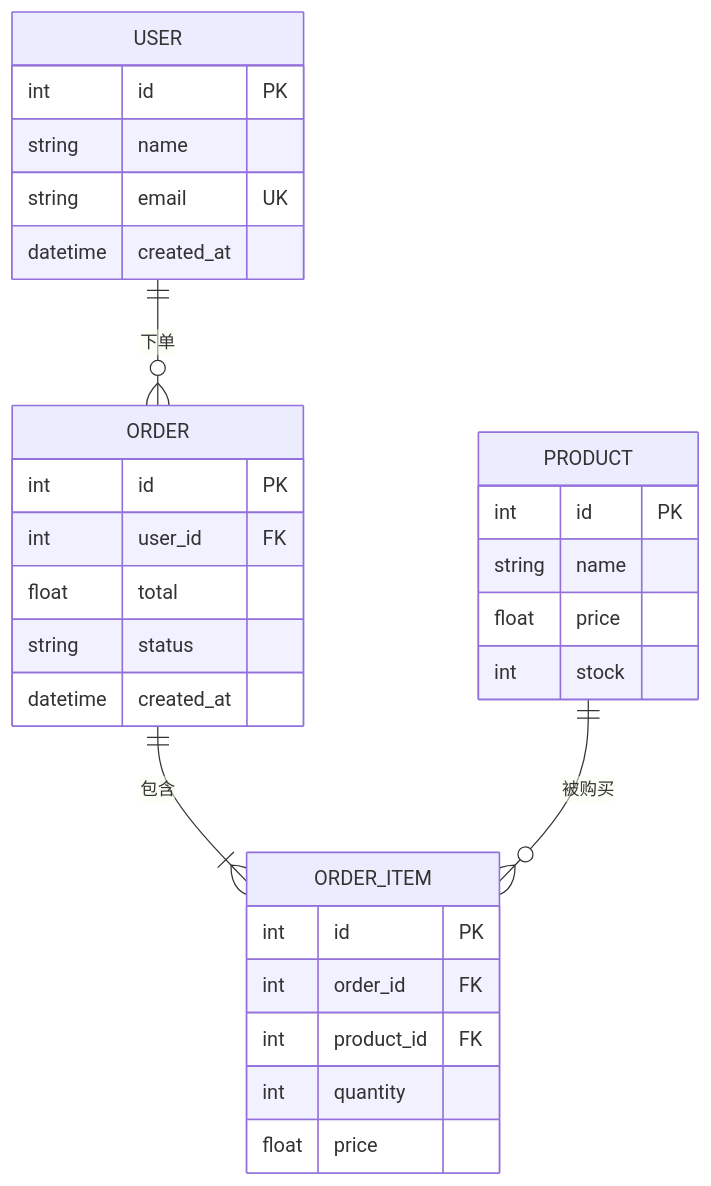
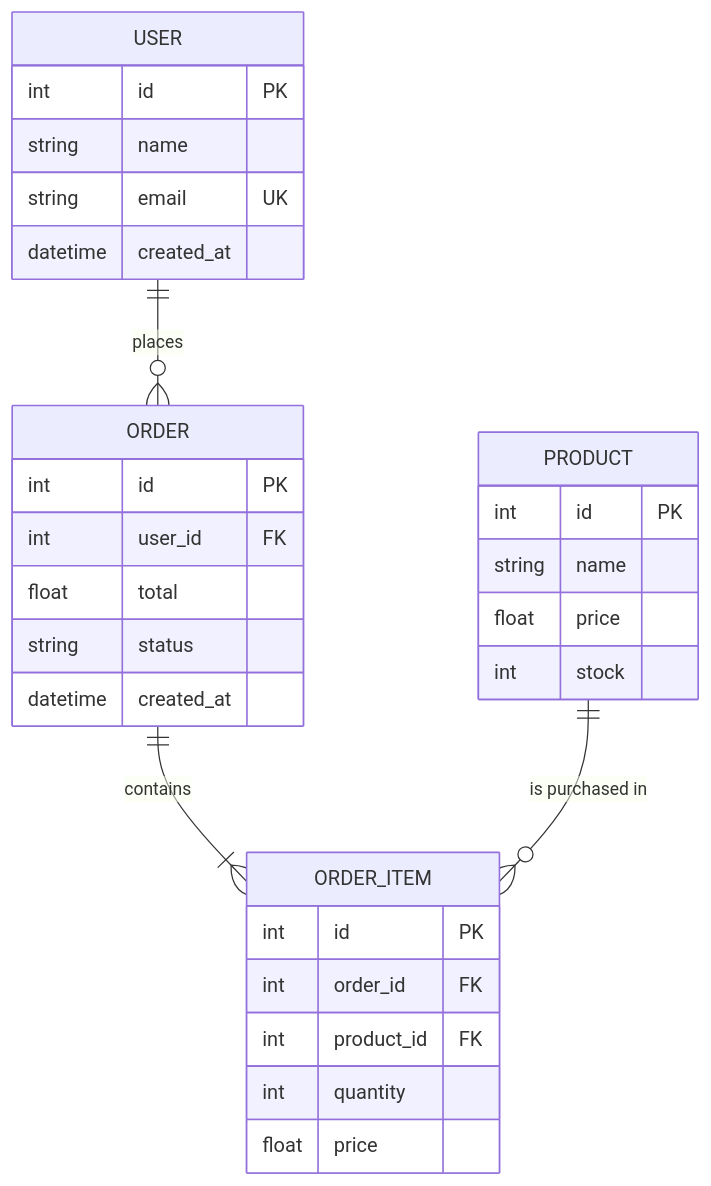
The seventh of 15 diagrams in skills/charts/references/mermaid.md (abdou-da0wew/zcode-skills), drawn with Mermaid before and after one commit. The commit also changed other lines of this file and 504 other files, not shown here.

````diff
--- a/skills/charts/references/mermaid.md
+++ b/skills/charts/references/mermaid.md
@@ -427,33 +427,33 @@
 ```mermaid
 erDiagram
     USER {
         int id PK
         string name
         string email UK
         datetime created_at
     }
     ORDER {
         int id PK
         int user_id FK
         float total
         string status
         datetime created_at
     }
     ORDER_ITEM {
         int id PK
         int order_id FK
         int product_id FK
         int quantity
         float price
     }
     PRODUCT {
         int id PK
         string name
         float price
         int stock
     }
 
-    USER ||--o{ ORDER : "下单"
-    ORDER ||--|{ ORDER_ITEM : "包含"
-    PRODUCT ||--o{ ORDER_ITEM : "被购买"
+    USER ||--o{ ORDER : "places"
+    ORDER ||--|{ ORDER_ITEM : "contains"
+    PRODUCT ||--o{ ORDER_ITEM : "is purchased in"
 ```
````
